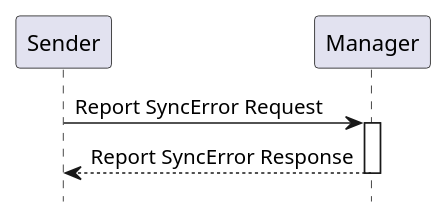
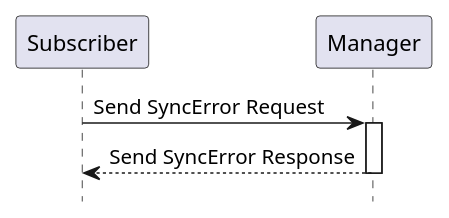
The diagram in input/images-source/rad-x10-seq.plantuml (IHE/RAD.IRA), drawn with PlantUML before and after one commit. The commit also changed 7 other files, not shown here.

Commit message:
Changed Sender to Subscriber.

```diff
--- a/input/images-source/rad-x10-seq.plantuml
+++ b/input/images-source/rad-x10-seq.plantuml
@@ -1,13 +1,13 @@
 @startuml
 
 hide footbox
 
-participant "Sender" as Sender
+participant "Subscriber" as Subscriber
 participant "Manager" as Manager
 
-Sender->Manager: Report SyncError Request
+Subscriber->Manager: Send SyncError Request
 activate Manager
-Manager-->Sender: Report SyncError Response
+Manager-->Subscriber: Send SyncError Response
 deactivate Manager
 
 @enduml
```
